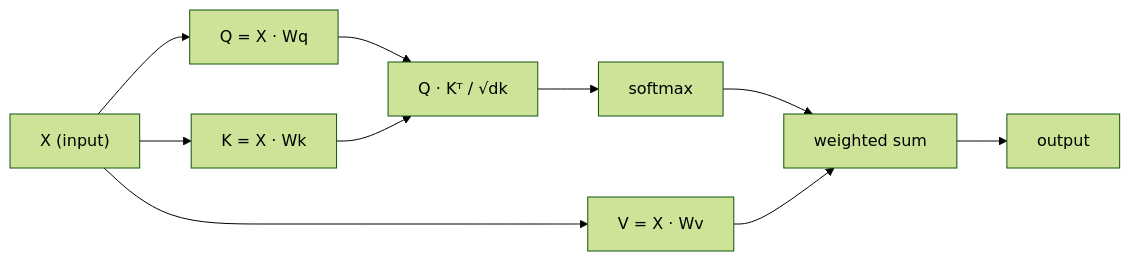
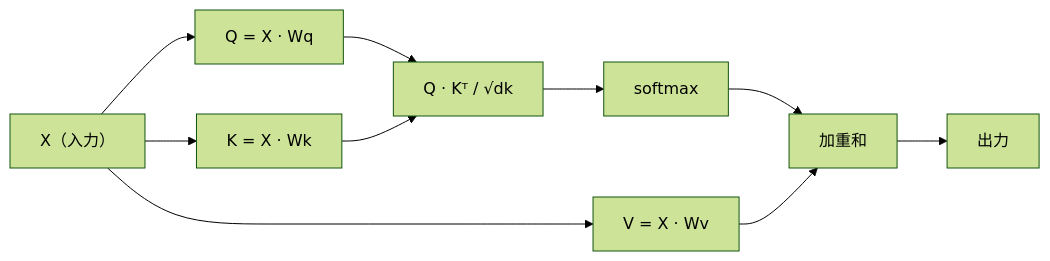
The diagram in content/phases/07-transformers-deep-dive/02-self-attention-from-scratch/lesson.ja.md (shoshoshomen/synapse-academy), drawn with Mermaid (forest theme) before and after one commit. The commit also changed 124 other files, not shown here.

First line of the commit message:
feat(i18n): mermaid図のラベルを日本語化(194レッスン/374図)

````diff
--- a/content/phases/07-transformers-deep-dive/02-self-attention-from-scratch/lesson.ja.md
+++ b/content/phases/07-transformers-deep-dive/02-self-attention-from-scratch/lesson.ja.md
@@ -143,12 +143,12 @@
 ```mermaid
 flowchart LR
-  X["X (input)"] --> Q["Q = X · Wq"]
+  X["X（入力）"] --> Q["Q = X · Wq"]
   X --> K["K = X · Wk"]
   X --> V["V = X · Wv"]
   Q --> S["Q · Kᵀ / √dk"]
   K --> S
   S --> SM["softmax"]
-  SM --> WS["weighted sum"]
+  SM --> WS["加重和"]
   V --> WS
-  WS --> O["output"]
+  WS --> O["出力"]
 ```
````
